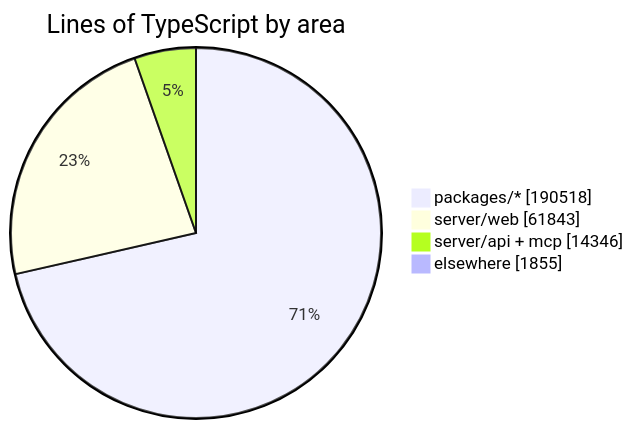
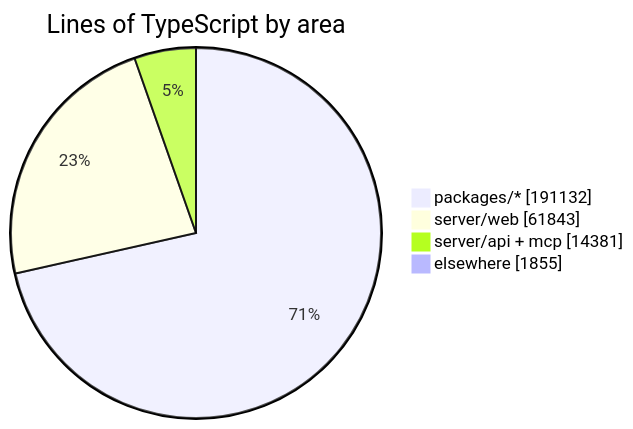
One commit to crossworks-engineering/mantle changed the diagram in README.md. Above: the diagram before and after it, drawn with Mermaid. The commit also changed other lines of this file and 2 other files, not shown here.

````diff
--- a/README.md
+++ b/README.md
@@ -279,7 +279,7 @@
 ```mermaid
 pie showData title Lines of TypeScript by area
-    "packages/*" : 190518
+    "packages/*" : 191132
     "server/web" : 61843
-    "server/api + mcp" : 14346
+    "server/api + mcp" : 14381
     "elsewhere" : 1855
 ```
````
